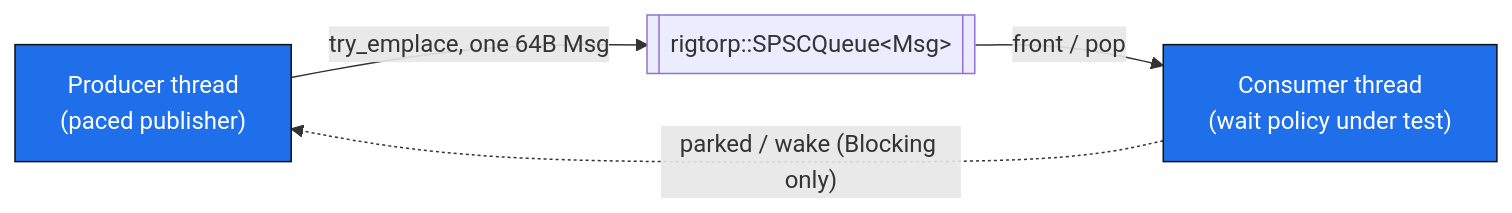
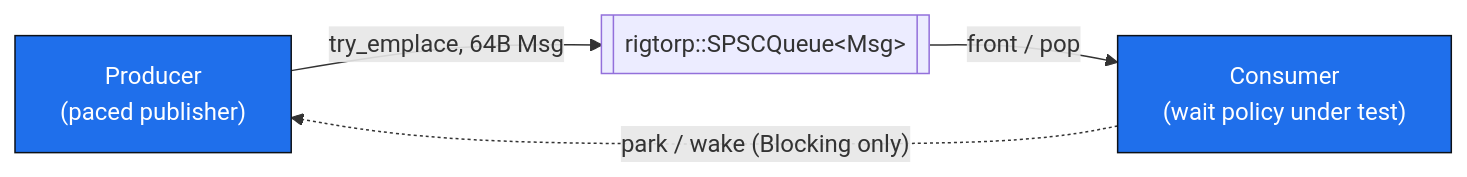
One commit to mattyv/SMT-IPC changed the third of 3 diagrams in README.md. Above: the diagram before and after it, drawn with Mermaid. The commit also changed other lines of this file and 2 other files, not shown here.

````diff
--- a/README.md
+++ b/README.md
@@ -307,9 +139,8 @@
 ```mermaid
 flowchart LR
-  P["Producer thread<br/>(paced publisher)"] -->|try_emplace, one 64B Msg| Q[["rigtorp::SPSCQueue&lt;Msg&gt;"]]
-  Q -->|front / pop| C["Consumer thread<br/>(wait policy under test)"]
-  C -.->|"parked / wake (Blocking only)"| P
-
+  P["Producer<br/>(paced publisher)"] -->|try_emplace, 64B Msg| Q[["rigtorp::SPSCQueue&lt;Msg&gt;"]]
+  Q -->|front / pop| C["Consumer<br/>(wait policy under test)"]
+  C -.->|"park / wake (Blocking only)"| P
   classDef hot fill:#1f6feb,color:#fff,stroke:#0d1117;
   class P,C hot;
 ```
````
